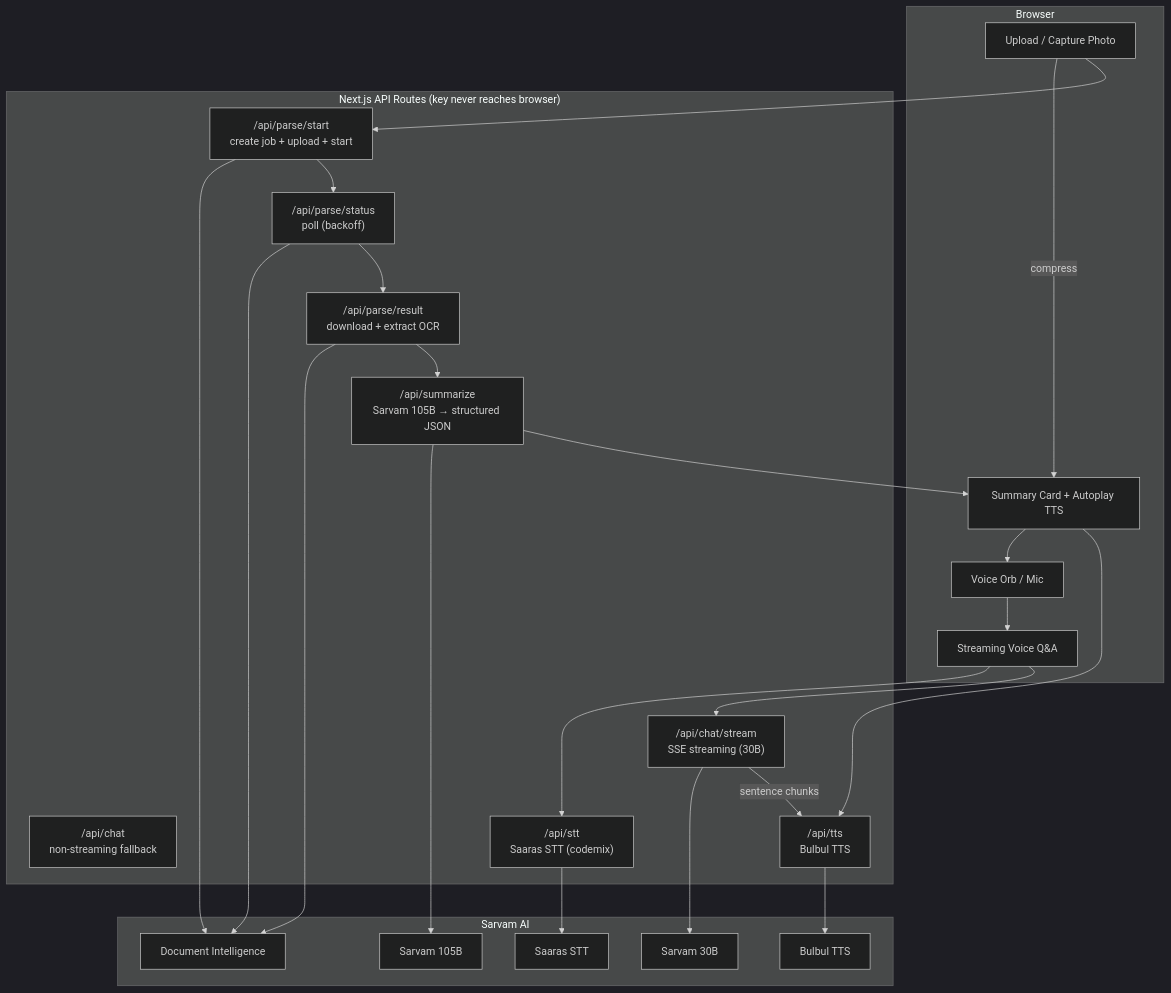
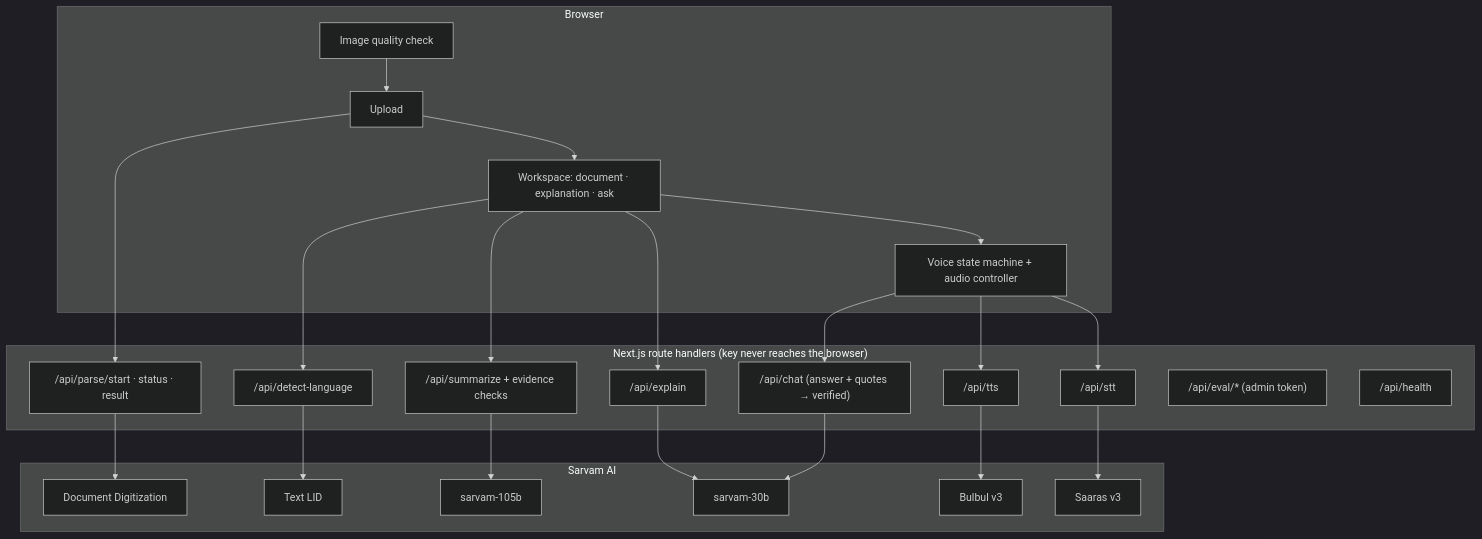
Before and after one commit to Vedantd2003/kagazbol: the diagram in README.md, drawn with Mermaid (dark theme). The commit also changed other lines of this file and 129 other files, not shown here.

````diff
--- a/README.md
+++ b/README.md
@@ -33,36 +35,33 @@
 ```mermaid
 flowchart TD
     subgraph Browser
-        A[Upload / Capture Photo] -->|compress| B[Summary Card + Autoplay TTS]
-        B --> C[Voice Orb / Mic]
-        C --> D[Streaming Voice Q&A]
+        Q[Image quality check] --> U[Upload] --> W[Workspace: document · explanation · ask]
+        W --> V[Voice state machine + audio controller]
     end
-
-    subgraph "Next.js API Routes (key never reaches browser)"
-        P1["/api/parse/start\ncreate job + upload + start"]
-        P2["/api/parse/status\npoll (backoff)"]
-        P3["/api/parse/result\ndownload + extract OCR"]
-        S["/api/summarize\nSarvam 105B → structured JSON"]
-        CH["/api/chat\nnon-streaming fallback"]
-        CS["/api/chat/stream\nSSE streaming (30B)"]
-        T["/api/tts\nBulbul TTS"]
-        ST["/api/stt\nSaaras STT (codemix)"]
+    subgraph "Next.js route handlers (key never reaches the browser)"
+        PS["/api/parse/start · status · result"]
+        DL["/api/detect-language"]
+        S["/api/summarize + evidence checks"]
+        C["/api/chat (answer + quotes → verified)"]
+        E["/api/explain"]
+        T["/api/tts"]
+        ST["/api/stt"]
+        EV["/api/eval/* (admin token)"]
+        H["/api/health"]
     end
-
     subgraph "Sarvam AI"
-        DI[Document Intelligence]
-        L105[Sarvam 105B]
-        L30[Sarvam 30B]
-        TTS[Bulbul TTS]
-        STT[Saaras STT]
+        DI[Document Digitization]
+        LID[Text LID]
+        L105[sarvam-105b]
+        L30[sarvam-30b]
+        TTS[Bulbul v3]
+        STT[Saaras v3]
     end
-
-    A --> P1 --> DI
-    P1 --> P2 --> DI
-    P2 --> P3 --> DI
-    P3 --> S --> L105
-    S --> B --> T --> TTS
-    D --> ST --> STT
-    D --> CS --> L30
-    CS -->|sentence chunks| T
+    U --> PS --> DI
+    W --> DL --> LID
+    W --> S --> L105
+    V --> ST --> STT
+    V --> C --> L30
+    W --> E --> L30
+    V --> T --> TTS
 ```
````
